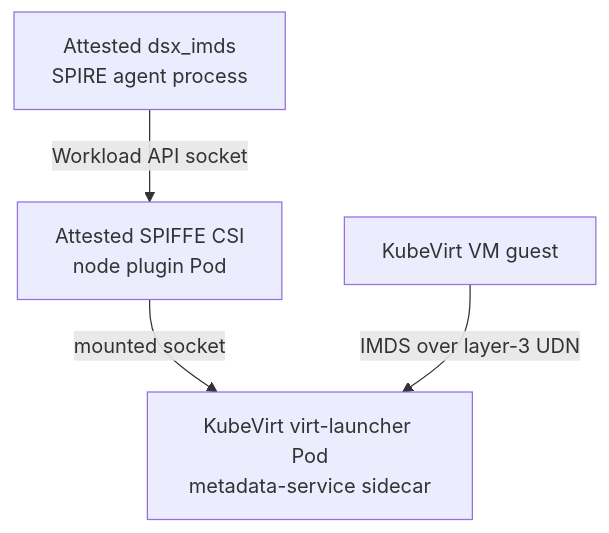
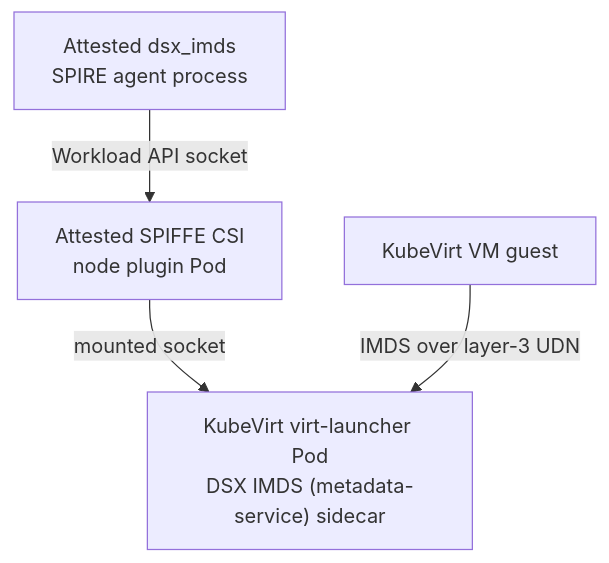
Before and after one commit to dsx-ai-factory/nvidia-workload-identity: the ninth of 10 diagrams in README.md, drawn with Mermaid. The commit also changed other lines of this file and 93 other files, not shown here.

````diff
--- a/README.md
+++ b/README.md
@@ -434,11 +803,11 @@
 ```mermaid
 flowchart TB
   Agent["Attested dsx_imds<br/>SPIRE agent process"]
   CSI["Attested SPIFFE CSI<br/>node plugin Pod"]
-  VirtLauncher["KubeVirt virt-launcher Pod<br/>metadata-service sidecar"]
+  VirtLauncher["KubeVirt virt-launcher Pod<br/>DSX IMDS (metadata-service) sidecar"]
   Guest["KubeVirt VM guest"]
 
   Agent -->|"Workload API socket"| CSI
   CSI -->|"mounted socket"| VirtLauncher
   Guest -->|"IMDS over layer-3 UDN"| VirtLauncher
 ```
````
